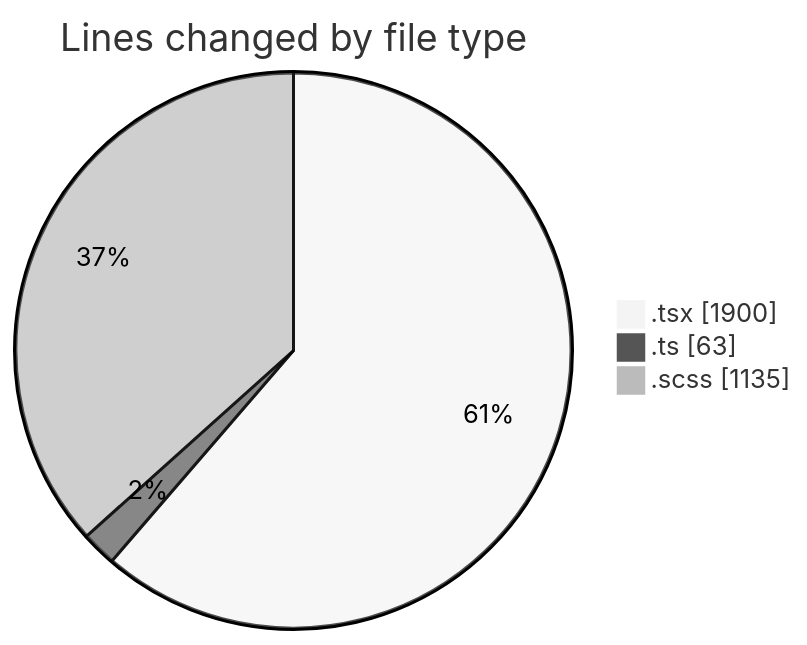
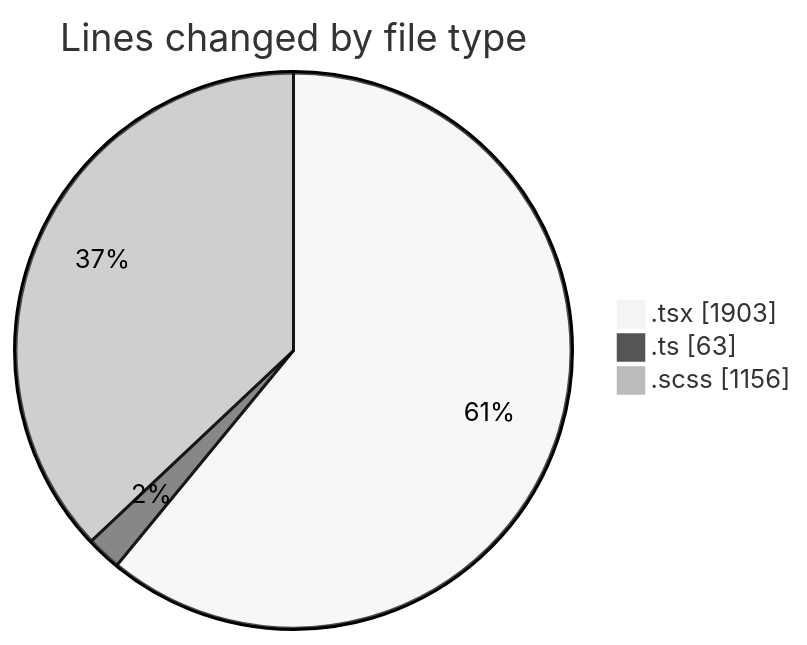
One commit to momahboobian/code-tracking changed the first of 2 diagrams in 2025-04-02/cda/README.md. Above: the diagram before and after it, drawn with Mermaid (neutral theme). The commit also changed other lines of this file and 1 other file, not shown here.

````diff
--- a/2025-04-02/cda/README.md
+++ b/2025-04-02/cda/README.md
@@ -30,7 +30,7 @@
 ```mermaid
 pie showData
 title Lines changed by file type
-".tsx" : 1900
+".tsx" : 1903
 ".ts" : 63
-".scss" : 1135
+".scss" : 1156
 ```
````
